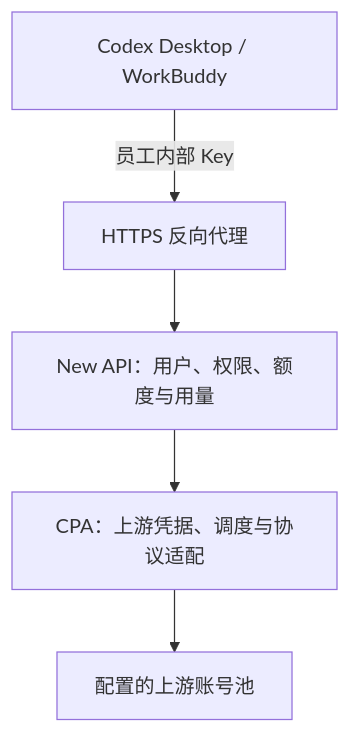
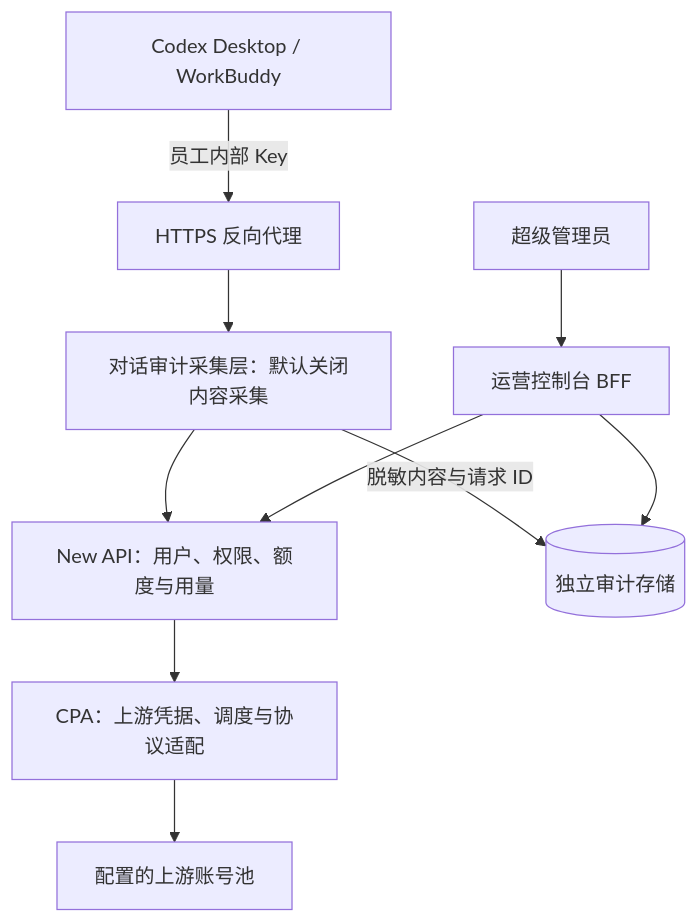
Before and after one commit to wqdcjnb/ai-ops-platform: the diagram in docs-site/content/technical/architecture.md, drawn with Mermaid. The commit also changed other lines of this file and 8 other files, not shown here.

````diff
--- a/docs-site/content/technical/architecture.md
+++ b/docs-site/content/technical/architecture.md
@@ -7,7 +7,12 @@
 ```mermaid
 flowchart TB
   C[Codex Desktop / WorkBuddy] -->|员工内部 Key| E[HTTPS 反向代理]
-  E --> N[New API：用户、权限、额度与用量]
+  E --> Q[对话审计采集层：默认关闭内容采集]
+  Q --> N[New API：用户、权限、额度与用量]
   N --> P[CPA：上游凭据、调度与协议适配]
   P --> U[配置的上游账号池]
+  Q -->|脱敏内容与请求 ID| S[(独立审计存储)]
+  A[超级管理员] --> B[运营控制台 BFF]
+  B --> N
+  B --> S
 ```
````
